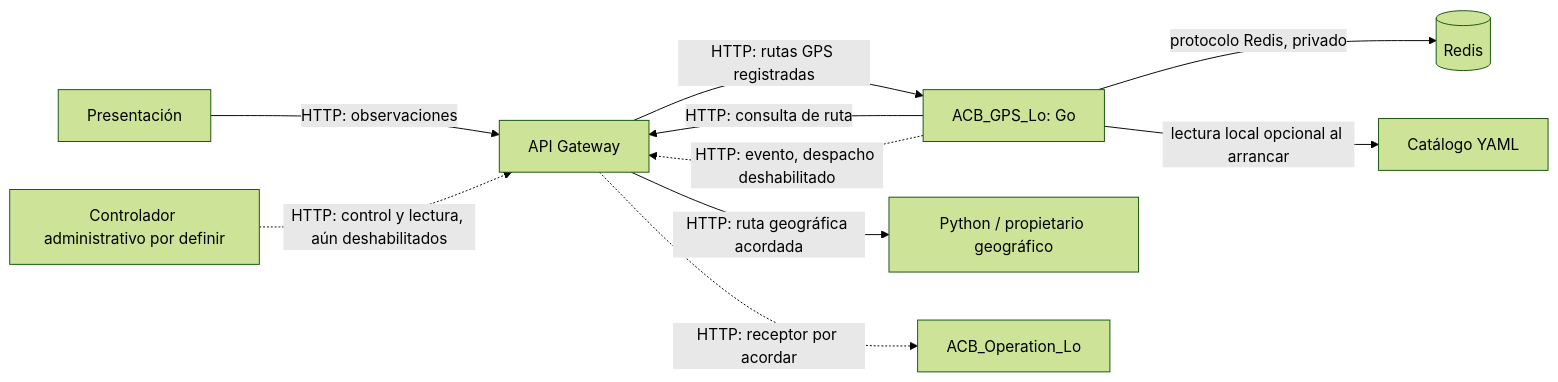
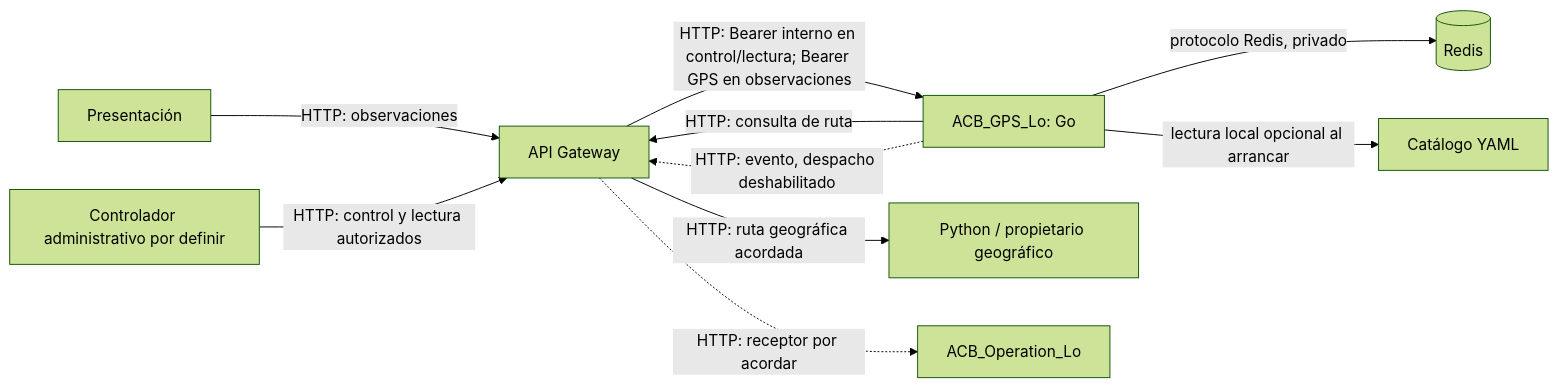
One commit to jacordobah/geolocaACB changed the diagram in acb_gps_lo/docs/arquitectura.md. Above: the diagram before and after it, drawn with Mermaid (forest theme). The commit also changed other lines of this file and 21 other files, not shown here.

Commit message:
feat(gps): enable trusted gateway session control and read APIs

````diff
--- a/acb_gps_lo/docs/arquitectura.md
+++ b/acb_gps_lo/docs/arquitectura.md
@@ -9,12 +9,12 @@
 ```mermaid
 flowchart LR
   P[Presentación] -->|HTTP: observaciones| G[API Gateway]
-  A[Controlador administrativo por definir] -.->|HTTP: control y lectura, aún deshabilitados| G
-  G -->|HTTP: rutas GPS registradas| GPS[ACB_GPS_Lo: Go]
+  A[Controlador administrativo por definir] -->|HTTP: control y lectura autorizados| G
+  G -->|HTTP: Bearer interno en control/lectura; Bearer GPS en observaciones| GPS[ACB_GPS_Lo: Go]
   GPS -->|HTTP: consulta de ruta| G
   G -->|HTTP: ruta geográfica acordada| PY[Python / propietario geográfico]
   GPS -.->|HTTP: evento, despacho deshabilitado| G
   G -.->|HTTP: receptor por acordar| OP[ACB_Operation_Lo]
   GPS -->|protocolo Redis, privado| R[(Redis)]
   GPS -->|lectura local opcional al arrancar| F[Catálogo YAML]
 ```
````
